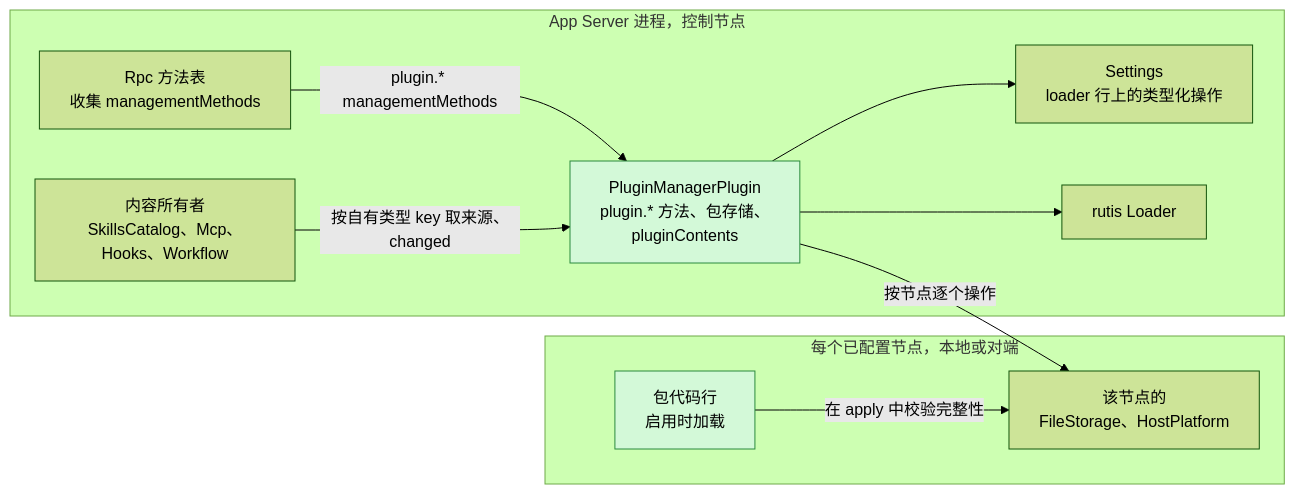
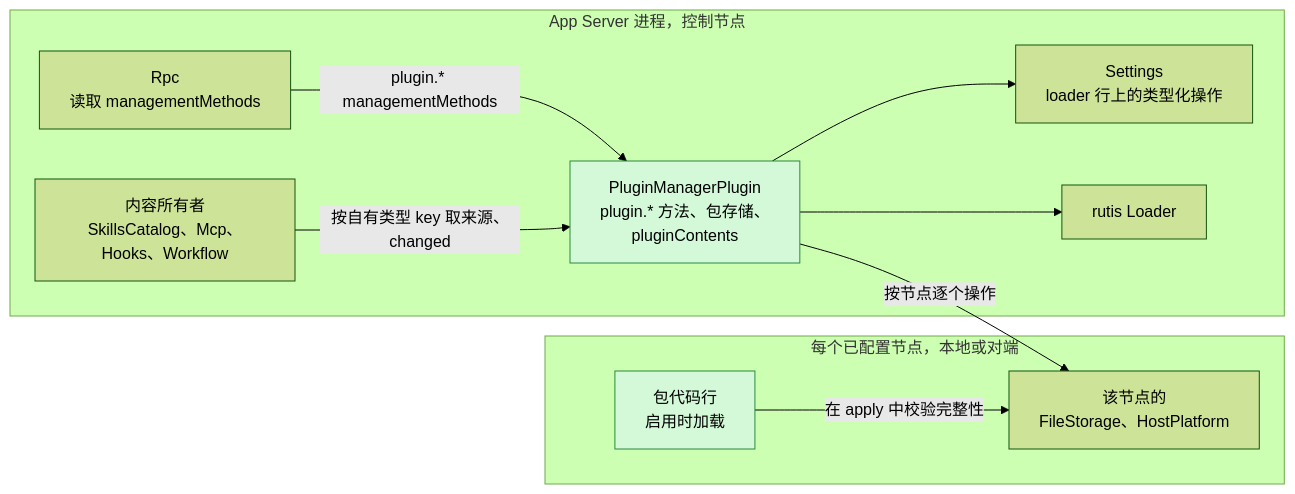
Before and after one commit to CoutinhoTTS/dim-agent: the first of 6 diagrams in docs/zh/design/plugins/PluginManager.md, drawn with Mermaid (forest theme). The commit also changed other lines of this file and 163 other files, not shown here.

````diff
--- a/docs/zh/design/plugins/PluginManager.md
+++ b/docs/zh/design/plugins/PluginManager.md
@@ -13,21 +13,21 @@
 ```mermaid
 flowchart LR
   subgraph CN["App Server 进程，控制节点"]
     PM["PluginManagerPlugin<br/>plugin.* 方法、包存储、<br/>pluginContents"]:::new
     SET["Settings<br/>loader 行上的类型化操作"]
     LOADER["rutis Loader"]
-    RPC["Rpc 方法表<br/>收集 managementMethods"]
+    RPC["Rpc<br/>读取 managementMethods"]
     CONS["内容所有者<br/>SkillsCatalog、Mcp、Hooks、Workflow"]
   end
   subgraph NODE["每个已配置节点，本地或对端"]
     SVC["该节点的<br/>FileStorage、HostPlatform"]
     CODE["包代码行<br/>启用时加载"]:::new
   end
   PM --> SET
   PM --> LOADER
   PM -->|"按节点逐个操作"| SVC
   RPC -->|"plugin.* managementMethods"| PM
   CONS -->|"按自有类型 key 取来源、changed"| PM
   CODE -->|"在 apply 中校验完整性"| SVC
   classDef new fill:#d3f9d8,stroke:#2b8a3e,color:#000
 ```
````
